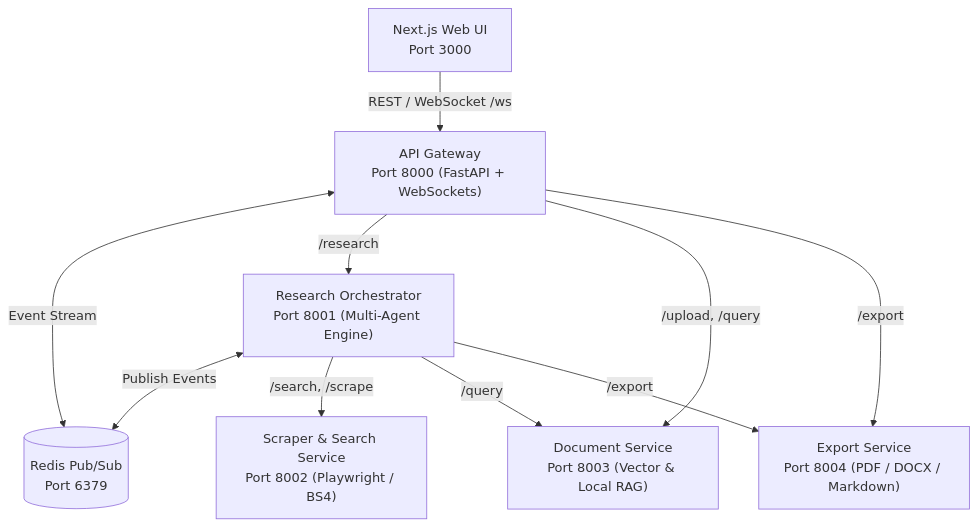
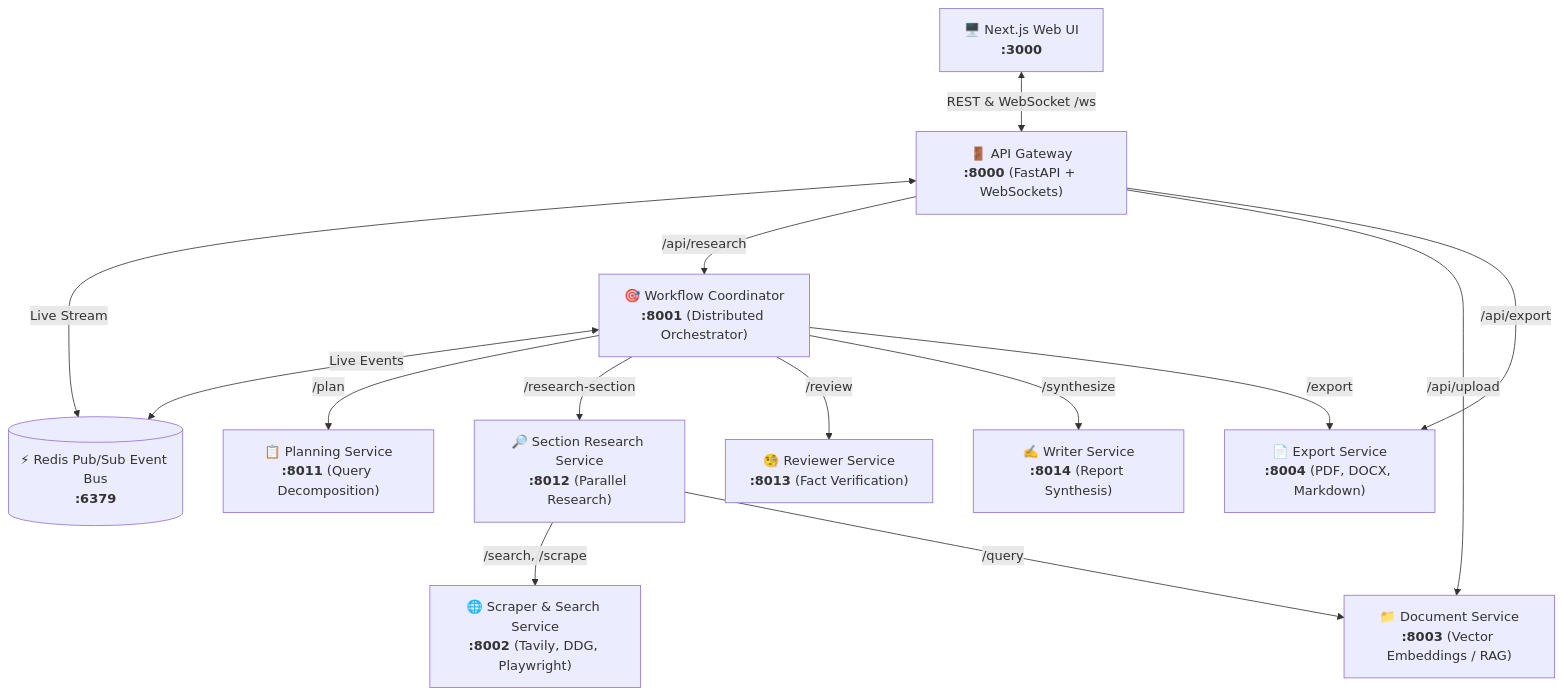
The diagram in README.md (KaloyanBorisov/gpt-researcher), drawn with Mermaid before and after one commit. The commit also changed other lines of this file, not shown here.

Commit message:
docs: update root README with full distributed microservices architecture

````diff
--- a/README.md
+++ b/README.md
@@ -58,20 +58,33 @@
 ```mermaid
 graph TD
-    UI["Next.js Web UI<br>Port 3000"]
-    GW["API Gateway<br>Port 8000 (FastAPI + WebSockets)"]
-    BUS[("Redis Pub/Sub<br>Port 6379")]
-    ORCH["Research Orchestrator<br>Port 8001 (Multi-Agent Engine)"]
-    SCRAP["Scraper & Search Service<br>Port 8002 (Playwright / BS4)"]
-    DOC["Document Service<br>Port 8003 (Vector & Local RAG)"]
-    EXP["Export Service<br>Port 8004 (PDF / DOCX / Markdown)"]
+    UI["🖥️ Next.js Web UI<br><b>:3000</b>"]
+    GW["🚪 API Gateway<br><b>:8000</b> (FastAPI + WebSockets)"]
+    BUS[("⚡ Redis Pub/Sub Event Bus<br><b>:6379</b>")]
+    
+    COORD["🎯 Workflow Coordinator<br><b>:8001</b> (Distributed Orchestrator)"]
+    
+    PLAN["📋 Planning Service<br><b>:8011</b> (Query Decomposition)"]
+    WORKER["🔎 Section Research Service<br><b>:8012</b> (Parallel Research)"]
+    REV["🧐 Reviewer Service<br><b>:8013</b> (Fact Verification)"]
+    WRITE["✍️ Writer Service<br><b>:8014</b> (Report Synthesis)"]
+    
+    SCRAP["🌐 Scraper & Search Service<br><b>:8002</b> (Tavily, DDG, Playwright)"]
+    DOC["📁 Document Service<br><b>:8003</b> (Vector Embeddings / RAG)"]
+    EXP["📄 Export Service<br><b>:8004</b> (PDF, DOCX, Markdown)"]
 
-    UI -->|REST / WebSocket /ws| GW
-    GW <-->|Event Stream| BUS
-    GW -->|/research| ORCH
-    GW -->|/upload, /query| DOC
-    GW -->|/export| EXP
-    ORCH <-->|Publish Events| BUS
-    ORCH -->|/search, /scrape| SCRAP
-    ORCH -->|/query| DOC
-    ORCH -->|/export| EXP
+    UI <-->|REST & WebSocket /ws| GW
+    GW <-->|Live Stream| BUS
+    GW -->|/api/research| COORD
+    GW -->|/api/upload| DOC
+    GW -->|/api/export| EXP
+
+    COORD <-->|Live Events| BUS
+    COORD -->|/plan| PLAN
+    COORD -->|/research-section| WORKER
+    COORD -->|/review| REV
+    COORD -->|/synthesize| WRITE
+    COORD -->|/export| EXP
+
+    WORKER -->|/search, /scrape| SCRAP
+    WORKER -->|/query| DOC
 ```
````
